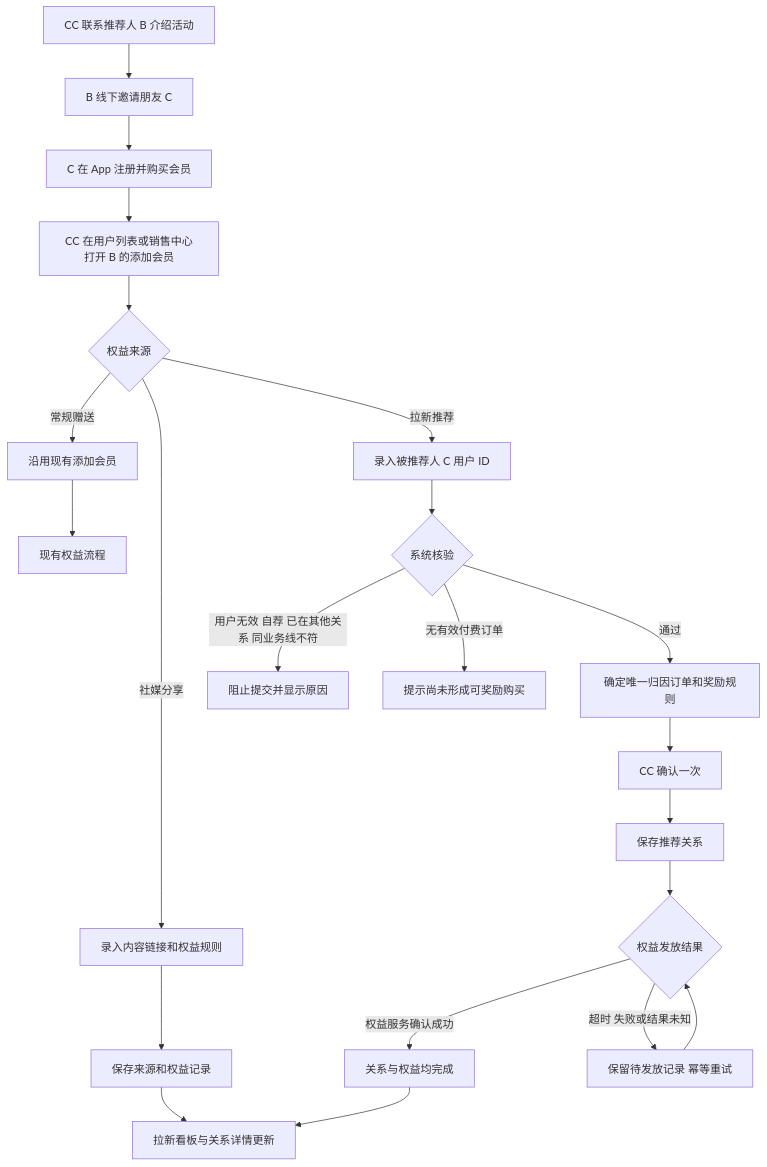
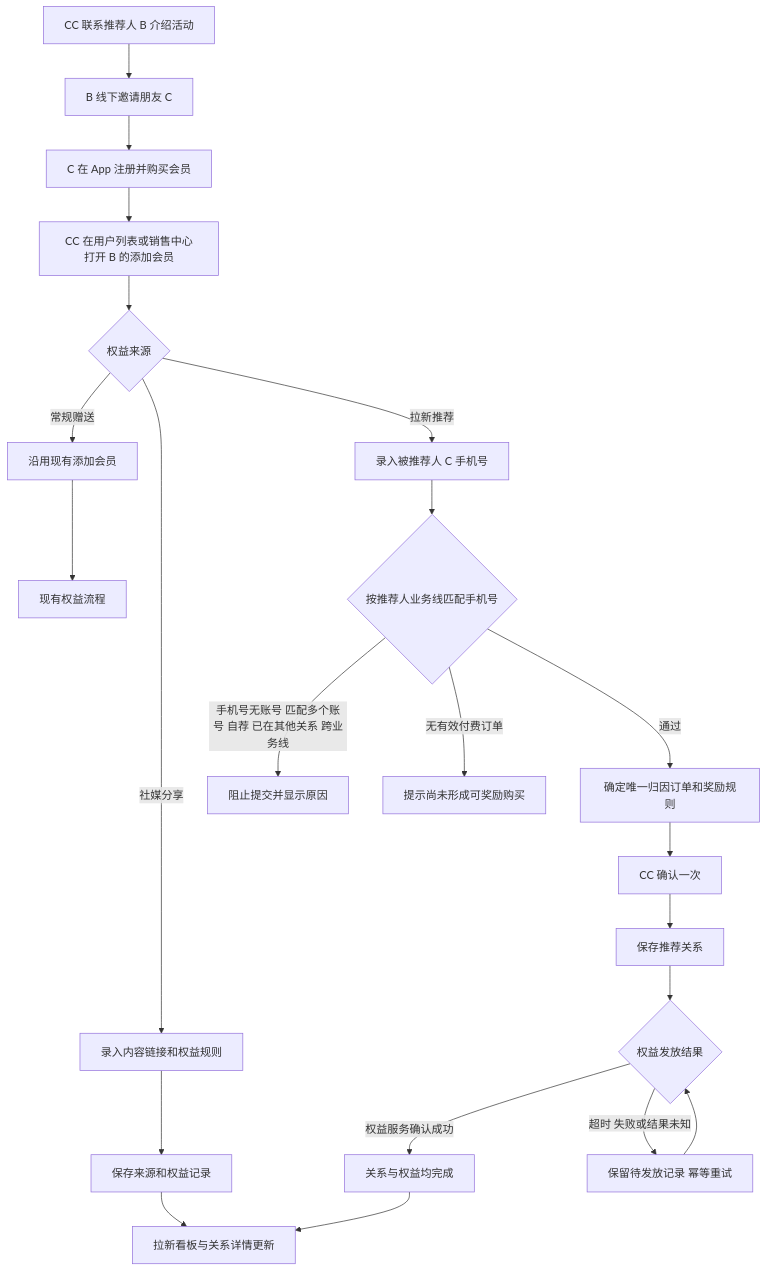
One commit to h3-ai-lab/hhhprd changed the diagram in projects/referral-growth-mvp/prd/PRD.md. Above: the diagram before and after it, drawn with Mermaid. The commit also changed other lines of this file and 9 other files, not shown here.

````diff
--- a/projects/referral-growth-mvp/prd/PRD.md
+++ b/projects/referral-growth-mvp/prd/PRD.md
@@ -56,24 +56,24 @@
 ```mermaid
 flowchart TD
     A[CC 联系推荐人 B 介绍活动] --> B[B 线下邀请朋友 C]
     B --> C[C 在 App 注册并购买会员]
     C --> D[CC 在用户列表或销售中心打开 B 的添加会员]
     D --> E{权益来源}
     E -->|常规赠送| E1[沿用现有添加会员]
     E -->|社媒分享| E2[录入内容链接和权益规则]
     E2 --> E3[保存来源和权益记录]
-    E -->|拉新推荐| F[录入被推荐人 C 用户 ID]
-    F --> G{系统核验}
-    G -->|用户无效 自荐 已在其他关系 同业务线不符| H[阻止提交并显示原因]
+    E -->|拉新推荐| F[录入被推荐人 C 手机号]
+    F --> G{按推荐人业务线匹配手机号}
+    G -->|手机号无账号 匹配多个账号 自荐 已在其他关系 跨业务线| H[阻止提交并显示原因]
     G -->|无有效付费订单| I[提示尚未形成可奖励购买]
     G -->|通过| J[确定唯一归因订单和奖励规则]
     J --> K[CC 确认一次]
     K --> L[保存推荐关系]
     L --> M{权益发放结果}
     M -->|权益服务确认成功| N[关系与权益均完成]
     M -->|超时 失败或结果未知| O[保留待发放记录 幂等重试]
     O --> M
     N --> P[拉新看板与关系详情更新]
     E1 --> Q[现有权益流程]
     E3 --> P
 ```
````
